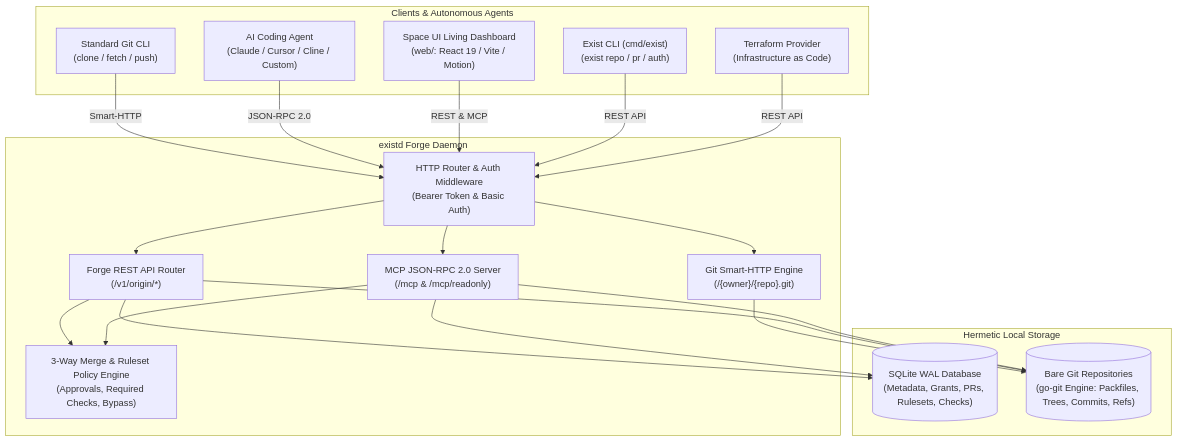
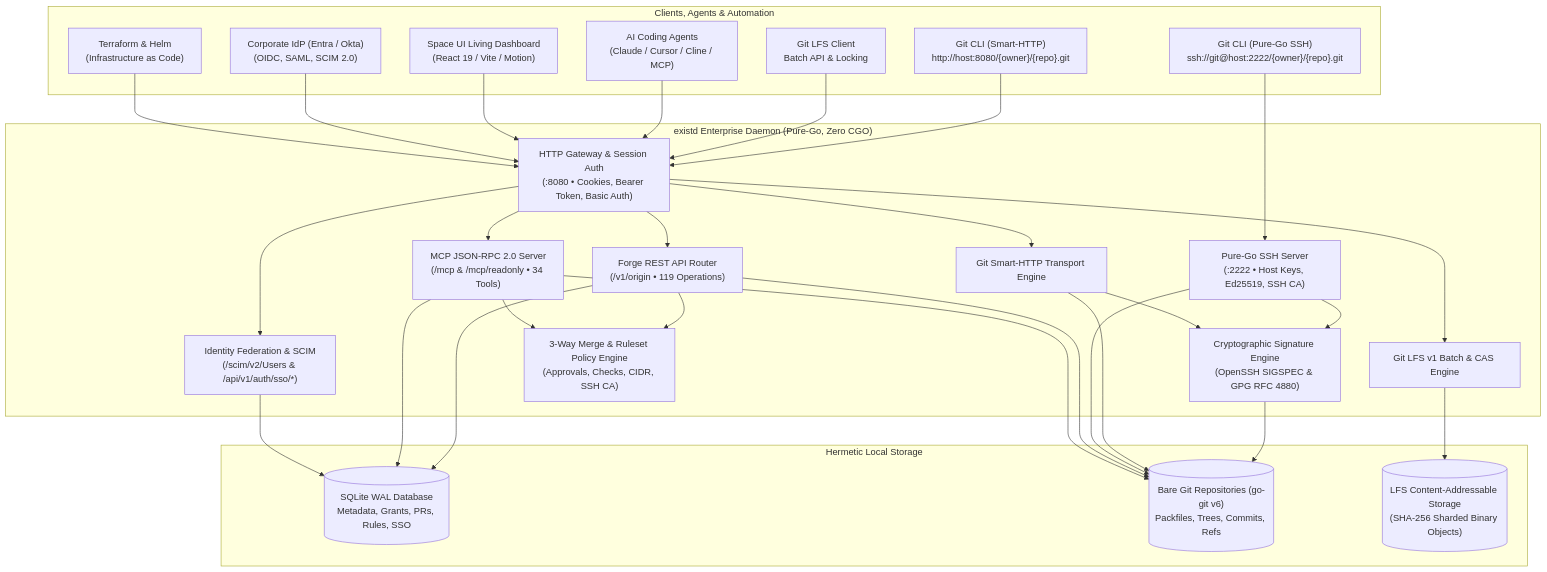
The diagram in README.md (RavaniRoshan/exist.io), drawn with Mermaid before and after one commit. The commit also changed other lines of this file and 9 other files, not shown here.

Commit message:
docs: expand Diátaxis documentation site and README with enterprise protocols, IaC, and federation

````diff
--- a/README.md
+++ b/README.md
@@ -71,42 +84,60 @@
 ```mermaid
 flowchart TD
-    subgraph Clients["Clients & Autonomous Agents"]
-        GitCli["Standard Git CLI<br/>(clone / fetch / push)"]
-        Agent["AI Coding Agent<br/>(Claude / Cursor / Cline / Custom)"]
-        WebUI["Space UI Living Dashboard<br/>(web/: React 19 / Vite / Motion)"]
-        DevCli["Exist CLI (cmd/exist)<br/>(exist repo / pr / auth)"]
-        IaC["Terraform Provider<br/>(Infrastructure as Code)"]
+    subgraph Clients["Clients, Agents & Automation"]
+        GitHTTP["Git CLI (Smart-HTTP)<br/>http://host:8080/{owner}/{repo}.git"]
+        GitSSH["Git CLI (Pure-Go SSH)<br/>ssh://git@host:2222/{owner}/{repo}.git"]
+        GitLFS["Git LFS Client<br/>Batch API & Locking"]
+        Agent["AI Coding Agents<br/>(Claude / Cursor / Cline / MCP)"]
+        WebUI["Space UI Living Dashboard<br/>(React 19 / Vite / Motion)"]
+        IdP["Corporate IdP (Entra / Okta)<br/>(OIDC, SAML, SCIM 2.0)"]
+        IaC["Terraform & Helm<br/>(Infrastructure as Code)"]
     end
 
-    subgraph Daemon["existd Forge Daemon"]
-        Gateway["HTTP Router & Auth Middleware<br/>(Bearer Token & Basic Auth)"]
-        SmartHTTP["Git Smart-HTTP Engine<br/>(/{owner}/{repo}.git)"]
-        MCPServer["MCP JSON-RPC 2.0 Server<br/>(/mcp & /mcp/readonly)"]
-        REST["Forge REST API Router<br/>(/v1/origin/*)"]
-        PolicyEngine["3-Way Merge & Ruleset Policy Engine<br/>(Approvals, Required Checks, Bypass)"]
+    subgraph Daemon["existd Enterprise Daemon (Pure-Go, Zero CGO)"]
+        HTTPGateway["HTTP Gateway & Session Auth<br/>(:8080 • Cookies, Bearer Token, Basic Auth)"]
+        SSHServer["Pure-Go SSH Server<br/>(:2222 • Host Keys, Ed25519, SSH CA)"]
+        SmartHTTP["Git Smart-HTTP Transport Engine"]
+        LFSEngine["Git LFS v1 Batch & CAS Engine"]
+        SigEngine["Cryptographic Signature Engine<br/>(OpenSSH SIGSPEC & GPG RFC 4880)"]
+        MCPServer["MCP JSON-RPC 2.0 Server<br/>(/mcp & /mcp/readonly • 34 Tools)"]
+        RESTRouter["Forge REST API Router<br/>(/v1/origin • 119 Operations)"]
+        Federation["Identity Federation & SCIM<br/>(/scim/v2/Users & /api/v1/auth/sso/*)"]
+        PolicyEngine["3-Way Merge & Ruleset Policy Engine<br/>(Approvals, Checks, CIDR, SSH CA)"]
     end
 
     subgraph Storage["Hermetic Local Storage"]
-        MetaDB[("SQLite WAL Database<br/>(Metadata, Grants, PRs, Rulesets, Checks)")]
-        GitRepo[("Bare Git Repositories<br/>(go-git Engine: Packfiles, Trees, Commits, Refs)")]
+        MetaDB[("SQLite WAL Database<br/>Metadata, Grants, PRs, Rules, SSO")]
+        GitRepo[("Bare Git Repositories (go-git v6)<br/>Packfiles, Trees, Commits, Refs")]
+        LFSCAS[("LFS Content-Addressable Storage<br/>(SHA-256 Sharded Binary Objects)")]
     end
 
-    GitCli -->|Smart-HTTP| Gateway
-    Agent -->|JSON-RPC 2.0| Gateway
-    WebUI -->|REST & MCP| Gateway
-    DevCli -->|REST API| Gateway
-    IaC -->|REST API| Gateway
+    GitHTTP --> HTTPGateway
+    GitSSH --> SSHServer
+    GitLFS --> HTTPGateway
+    Agent --> HTTPGateway
+    WebUI --> HTTPGateway
+    IdP --> HTTPGateway
+    IaC --> HTTPGateway
 
-    Gateway --> SmartHTTP
-    Gateway --> MCPServer
-    Gateway --> REST
+    HTTPGateway --> SmartHTTP
+    HTTPGateway --> LFSEngine
+    HTTPGateway --> MCPServer
+    HTTPGateway --> RESTRouter
+    HTTPGateway --> Federation
 
-    REST --> PolicyEngine
+    SSHServer --> SigEngine
+    SmartHTTP --> SigEngine
+    SigEngine --> GitRepo
+    LFSEngine --> LFSCAS
+
+    RESTRouter --> PolicyEngine
     MCPServer --> PolicyEngine
 
     SmartHTTP --> GitRepo
-    REST --> GitRepo
-    REST --> MetaDB
+    SSHServer --> GitRepo
+    RESTRouter --> GitRepo
+    RESTRouter --> MetaDB
     MCPServer --> GitRepo
     MCPServer --> MetaDB
+    Federation --> MetaDB
 ```
````
